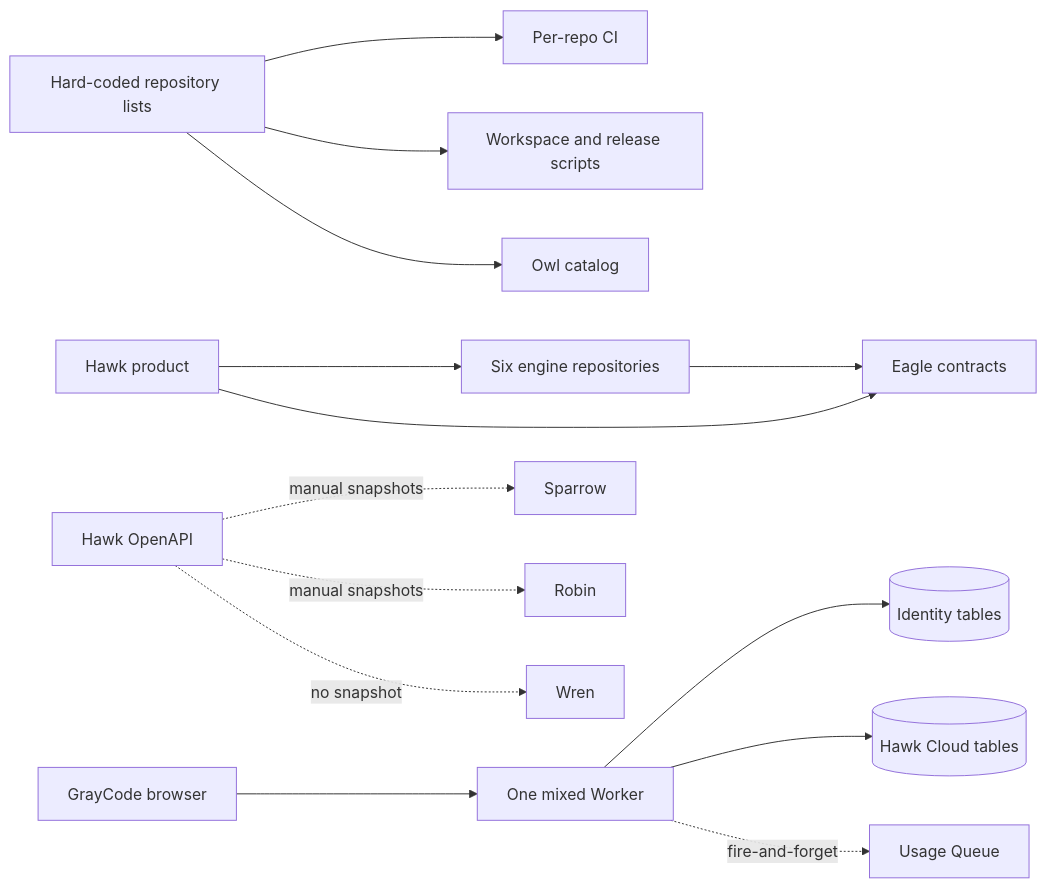
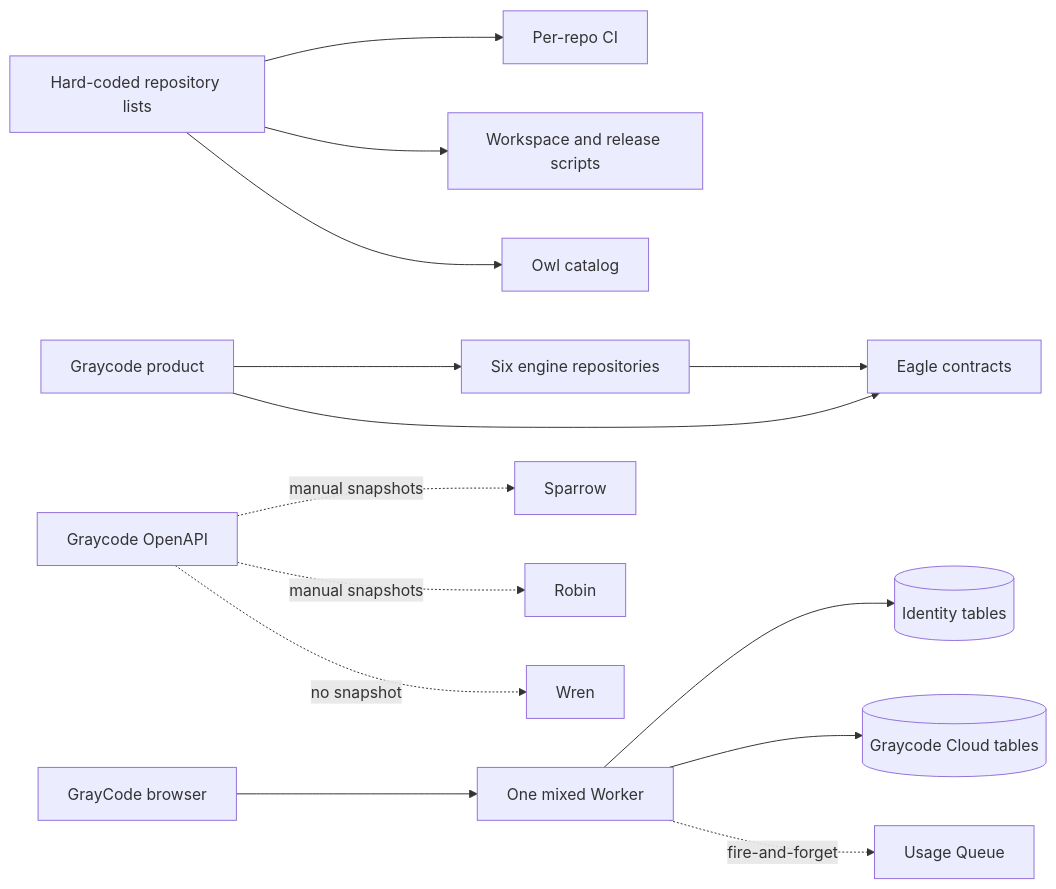
Before and after one commit to GrayCodeAI/Rhov: the first of 2 diagrams in docs/ECOSYSTEM-WIRING.md, drawn with Mermaid. The commit also changed other lines of this file and 1396 other files, not shown here.

First line of the commit message:
feat: rename hawk binary, module, and config surface to graycode (#272)

````diff
--- a/docs/ECOSYSTEM-WIRING.md
+++ b/docs/ECOSYSTEM-WIRING.md
@@ -10,19 +14,19 @@
 ```mermaid
 flowchart LR
   Lists[Hard-coded repository lists] --> CI[Per-repo CI]
   Lists --> Scripts[Workspace and release scripts]
   Lists --> Owl[Owl catalog]
 
-  Hawk[Hawk product] --> Engines[Six engine repositories]
+  Graycode[Graycode product] --> Engines[Six engine repositories]
   Engines --> Eagle[Eagle contracts]
-  Hawk --> Eagle
+  Graycode --> Eagle
 
-  HawkSpec[Hawk OpenAPI] -. manual snapshots .-> Sparrow
-  HawkSpec -. manual snapshots .-> Robin
-  HawkSpec -. no snapshot .-> Wren
+  GraycodeSpec[Graycode OpenAPI] -. manual snapshots .-> Sparrow
+  GraycodeSpec -. manual snapshots .-> Robin
+  GraycodeSpec -. no snapshot .-> Wren
 
   Browser[GrayCode browser] --> Mixed[One mixed Worker]
   Mixed --> Identity[(Identity tables)]
-  Mixed --> Cloud[(Hawk Cloud tables)]
+  Mixed --> Cloud[(Graycode Cloud tables)]
   Mixed -. fire-and-forget .-> Queue[Usage Queue]
 ```
````
